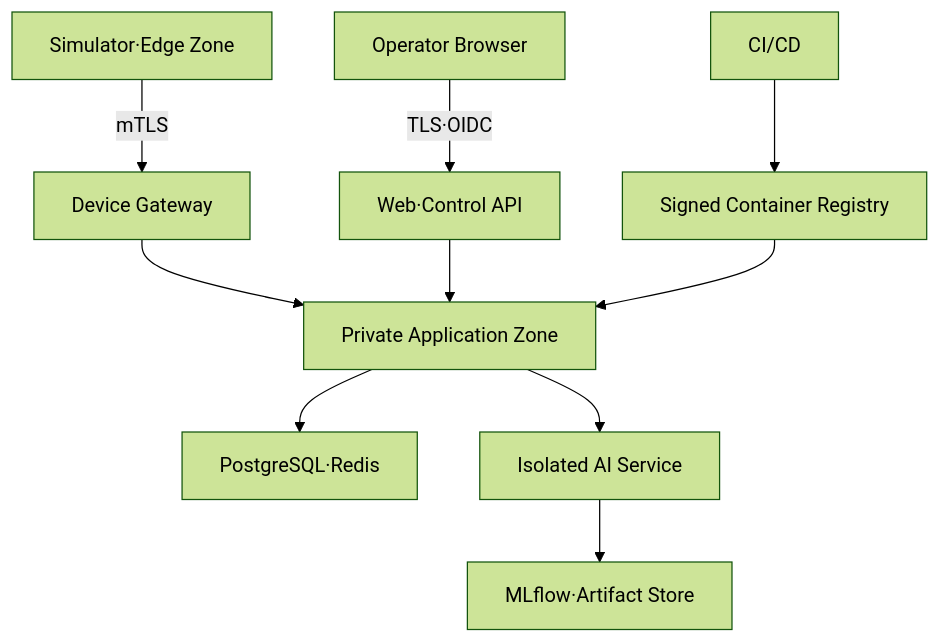
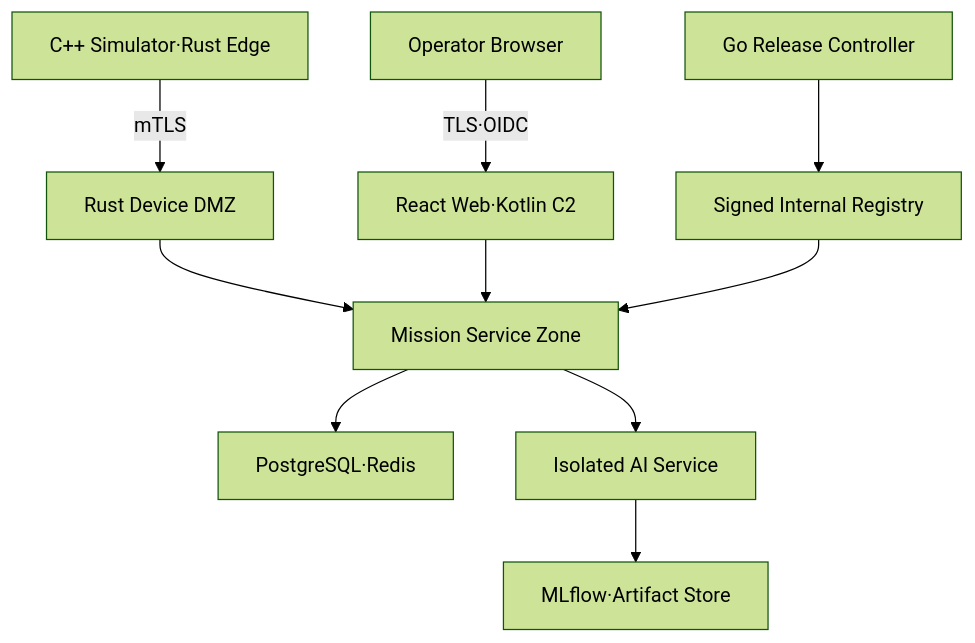
The second of 2 diagrams in docs/planning/04_인프라_네트워크_클라우드.md (croppedeyebrow/Military_Project-AeroOps), drawn with Mermaid (forest theme) before and after one commit. The commit also changed other lines of this file and 27 other files, not shown here.

````diff
--- a/docs/planning/04_인프라_네트워크_클라우드.md
+++ b/docs/planning/04_인프라_네트워크_클라우드.md
@@ -62,12 +65,12 @@
 ```mermaid
 flowchart TD
-    EDGE["Simulator·Edge Zone"] -->|"mTLS"| GW["Device Gateway"]
-    USER["Operator Browser"] -->|"TLS·OIDC"| WEB["Web·Control API"]
-    GW --> APP["Private Application Zone"]
+    EDGE["C++ Simulator·Rust Edge"] -->|"mTLS"| GW["Rust Device DMZ"]
+    USER["Operator Browser"] -->|"TLS·OIDC"| WEB["React Web·Kotlin C2"]
+    GW --> APP["Mission Service Zone"]
     WEB --> APP
     APP --> DATA["PostgreSQL·Redis"]
     APP --> AI["Isolated AI Service"]
     AI --> REG["MLflow·Artifact Store"]
-    CICD["CI/CD"] --> CR["Signed Container Registry"]
+    CICD["Go Release Controller"] --> CR["Signed Internal Registry"]
     CR --> APP
 ```
````
